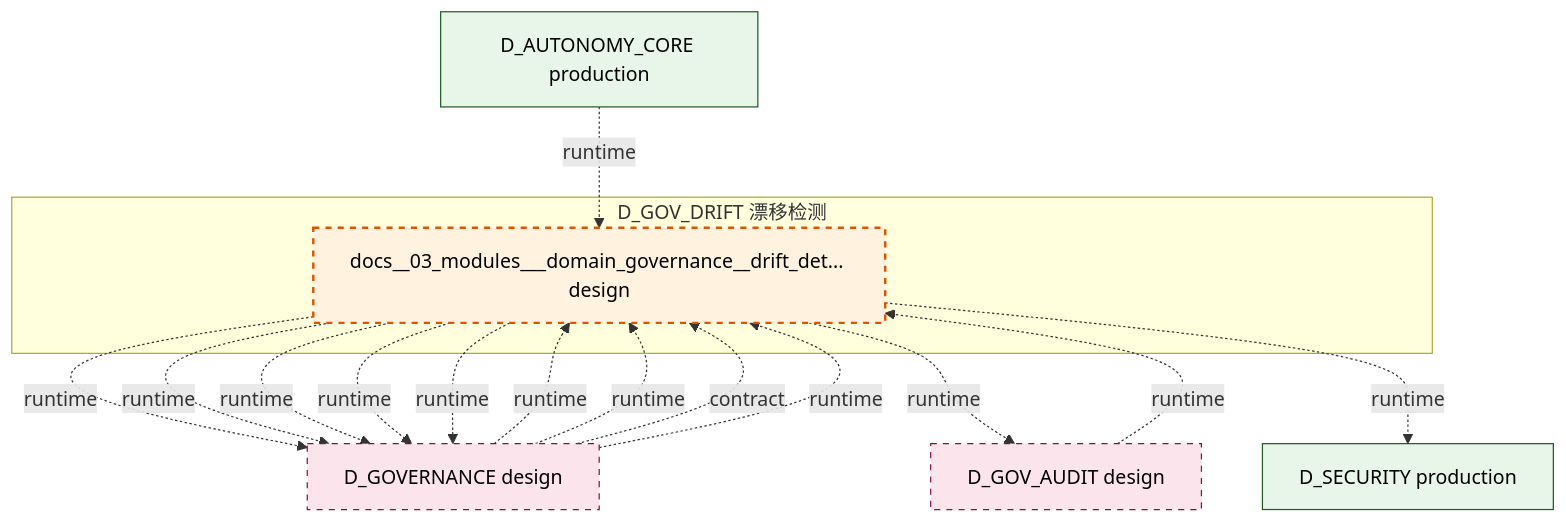
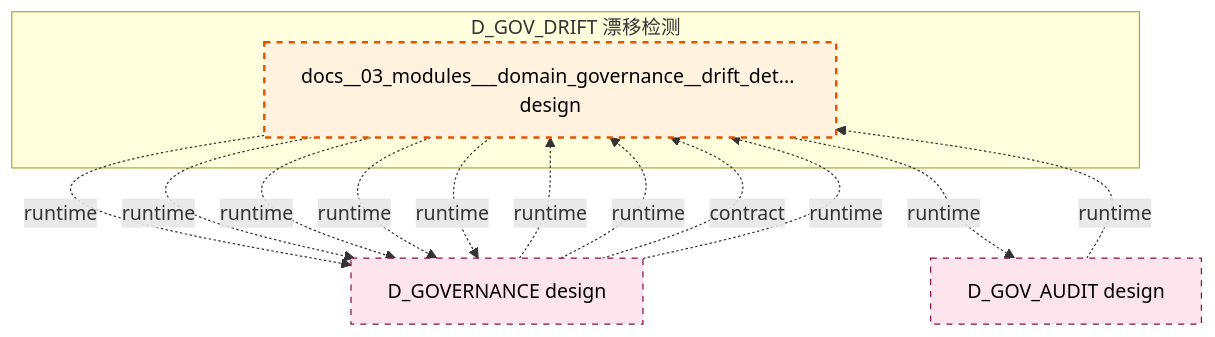
The diagram in docs/02_enterprise_architecture/02_domain_architecture_docs/36_d_gov_drift.md (xuanFelixVan/ZephyrAlpha), drawn with Mermaid before and after one commit. The commit also changed other lines of this file and 105 other files, not shown here.

````diff
--- a/docs/02_enterprise_architecture/02_domain_architecture_docs/36_d_gov_drift.md
+++ b/docs/02_enterprise_architecture/02_domain_architecture_docs/36_d_gov_drift.md
@@ -47,30 +47,25 @@
 ```mermaid
 graph TD
     subgraph D_GOV_DRIFT["D_GOV_DRIFT 漂移检测"]
         docs_03_modules_domain_governance_drift_detector_blueprint_md["docs__03_modules___domain_governance__drift_det... design"]
     end
     D_GOVERNANCE["D_GOVERNANCE design"]
     docs_03_modules_domain_governance_drift_detector_blueprint_md -.->|runtime| D_GOVERNANCE
     docs_03_modules_domain_governance_drift_detector_blueprint_md -.->|runtime| D_GOVERNANCE
     D_GOV_AUDIT["D_GOV_AUDIT design"]
     docs_03_modules_domain_governance_drift_detector_blueprint_md -.->|runtime| D_GOV_AUDIT
-    D_SECURITY["D_SECURITY production"]
-    docs_03_modules_domain_governance_drift_detector_blueprint_md -.->|runtime| D_SECURITY
     docs_03_modules_domain_governance_drift_detector_blueprint_md -.->|runtime| D_GOVERNANCE
     docs_03_modules_domain_governance_drift_detector_blueprint_md -.->|runtime| D_GOVERNANCE
     docs_03_modules_domain_governance_drift_detector_blueprint_md -.->|runtime| D_GOVERNANCE
     D_GOV_AUDIT -.->|runtime| docs_03_modules_domain_governance_drift_detector_blueprint_md
     D_GOVERNANCE -.->|runtime| docs_03_modules_domain_governance_drift_detector_blueprint_md
     D_GOVERNANCE -.->|runtime| docs_03_modules_domain_governance_drift_detector_blueprint_md
     D_GOVERNANCE -.->|contract| docs_03_modules_domain_governance_drift_detector_blueprint_md
-    D_AUTONOMY_CORE["D_AUTONOMY_CORE production"]
-    D_AUTONOMY_CORE -.->|runtime| docs_03_modules_domain_governance_drift_detector_blueprint_md
     D_GOVERNANCE -.->|runtime| docs_03_modules_domain_governance_drift_detector_blueprint_md
     classDef production fill:#e1f5fe,stroke:#01579b,stroke-width:2px,color:#000
     classDef design fill:#fff3e0,stroke:#e65100,stroke-width:2px,color:#000,stroke-dasharray: 5 5
     classDef external_prod fill:#e8f5e9,stroke:#1b5e20,stroke-width:1px,color:#000
     classDef external_design fill:#fce4ec,stroke:#880e4f,stroke-width:1px,color:#000,stroke-dasharray: 5 5
     class docs_03_modules_domain_governance_drift_detector_blueprint_md design
-    class D_SECURITY,D_AUTONOMY_CORE external_prod
     class D_GOVERNANCE,D_GOV_AUDIT external_design
 ```
````
